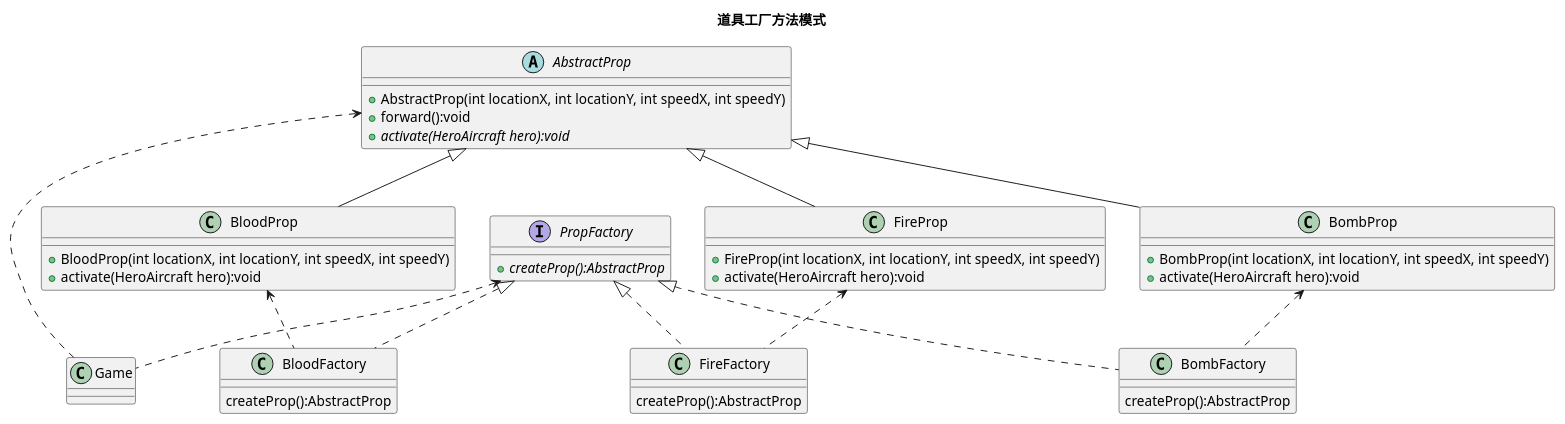
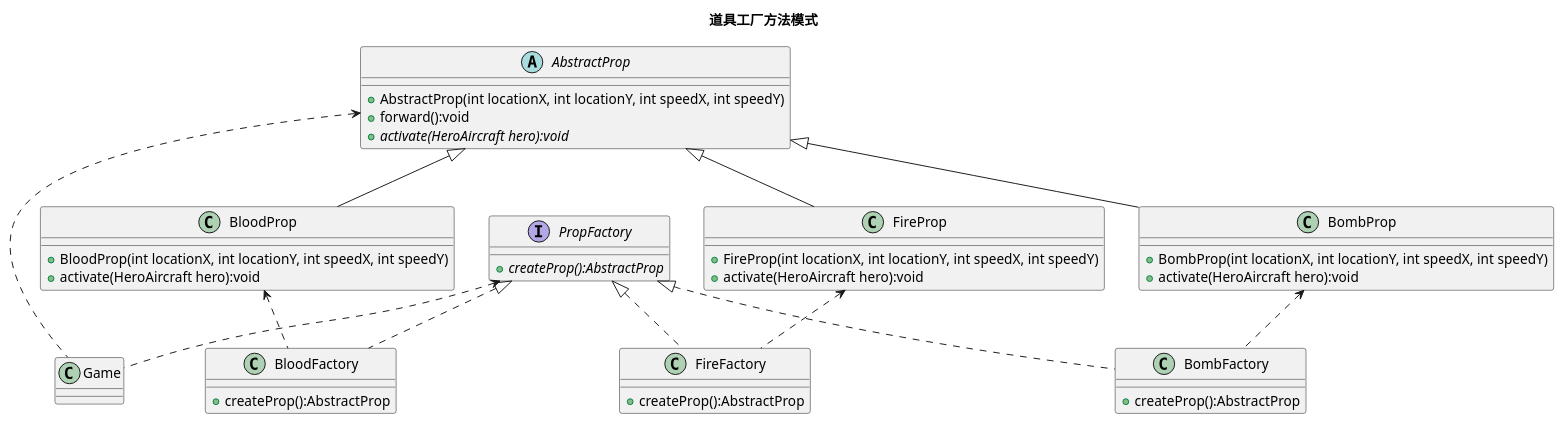
Before and after one commit to LIMINGNING/aircraft_war: the diagram in uml/factory_prop.puml, drawn with PlantUML. The commit also changed 9 other files, not shown here.

```diff
--- a/uml/factory_prop.puml
+++ b/uml/factory_prop.puml
@@ -1,48 +1,48 @@
 @startuml
 title:道具工厂方法模式
 
 interface PropFactory {
     + {abstract} createProp():AbstractProp
 }
 
 class BloodFactory implements PropFactory {
-    createProp():AbstractProp
+    + createProp():AbstractProp
 }
 
 class BombFactory implements PropFactory {
-    createProp():AbstractProp
+    + createProp():AbstractProp
 }
 
 class FireFactory implements PropFactory {
-    createProp():AbstractProp
+    + createProp():AbstractProp
 }
 
 abstract class AbstractProp {
     + AbstractProp(int locationX, int locationY, int speedX, int speedY)
     + forward():void
     + {abstract} activate(HeroAircraft hero):void
 }
 
 class FireProp extends AbstractProp{
     + FireProp(int locationX, int locationY, int speedX, int speedY)
     + activate(HeroAircraft hero):void
 }
 
 class BombProp extends AbstractProp{
     + BombProp(int locationX, int locationY, int speedX, int speedY)
     + activate(HeroAircraft hero):void
 }
 
 class BloodProp extends AbstractProp{
     + BloodProp(int locationX, int locationY, int speedX, int speedY)
     + activate(HeroAircraft hero):void
 }
 
 BloodProp <.. BloodFactory
 BombProp <.. BombFactory
 FireProp <.. FireFactory
 
 PropFactory <.. Game
 AbstractProp <.. Game
 
 @enduml
```
